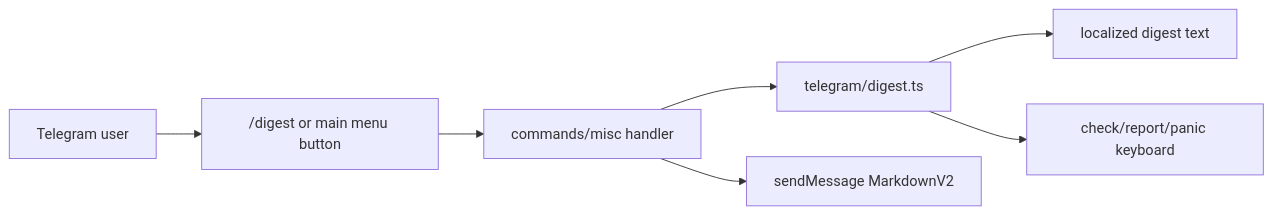
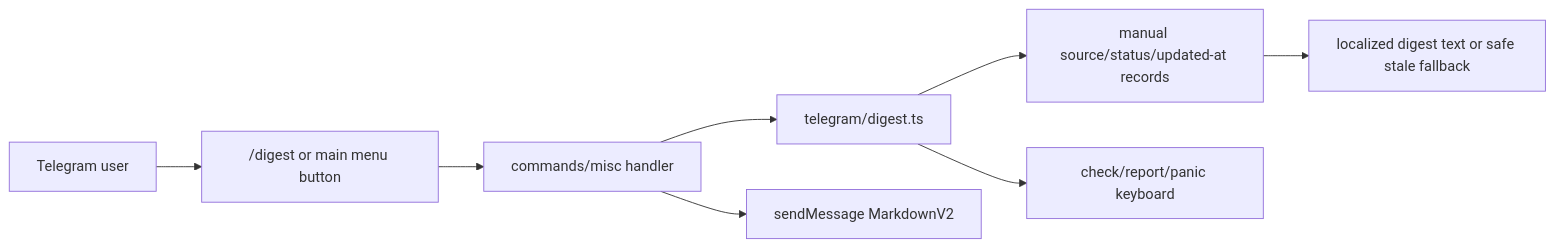
The diagram in .kiro/specs/telegram-weekly-scam-digest-v1/design.md (Web-pixel-creator/Scam-guard-Main), drawn with Mermaid before and after one commit. The commit also changed other lines of this file and 9 other files, not shown here.

Commit message:
feat(telegram): add digest data model

````diff
--- a/.kiro/specs/telegram-weekly-scam-digest-v1/design.md
+++ b/.kiro/specs/telegram-weekly-scam-digest-v1/design.md
@@ -9,9 +9,10 @@
 ```mermaid
 flowchart LR
   User["Telegram user"] --> Command["/digest or main menu button"]
   Command --> Handler["commands/misc handler"]
   Handler --> Digest["telegram/digest.ts"]
-  Digest --> Text["localized digest text"]
+  Digest --> Model["manual source/status/updated-at records"]
+  Model --> Text["localized digest text or safe stale fallback"]
   Digest --> Keyboard["check/report/panic keyboard"]
   Handler --> API["sendMessage MarkdownV2"]
 ```
````
